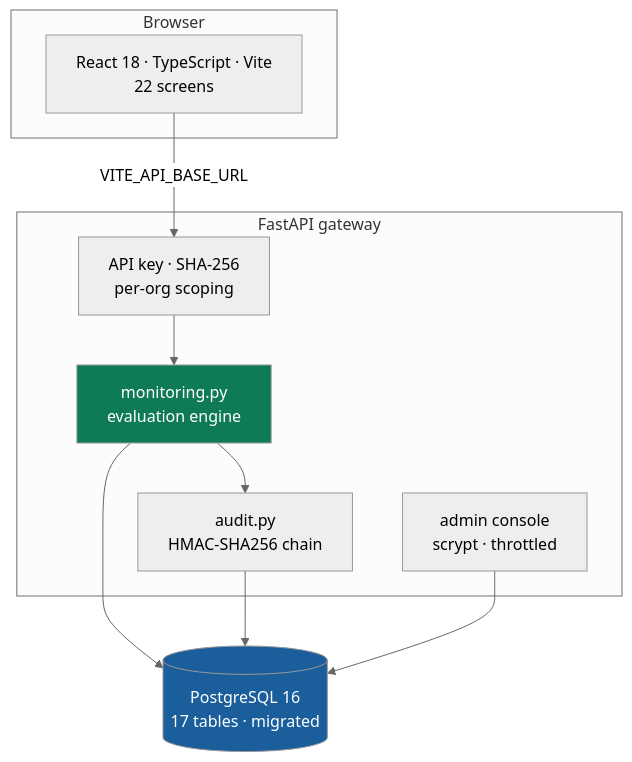
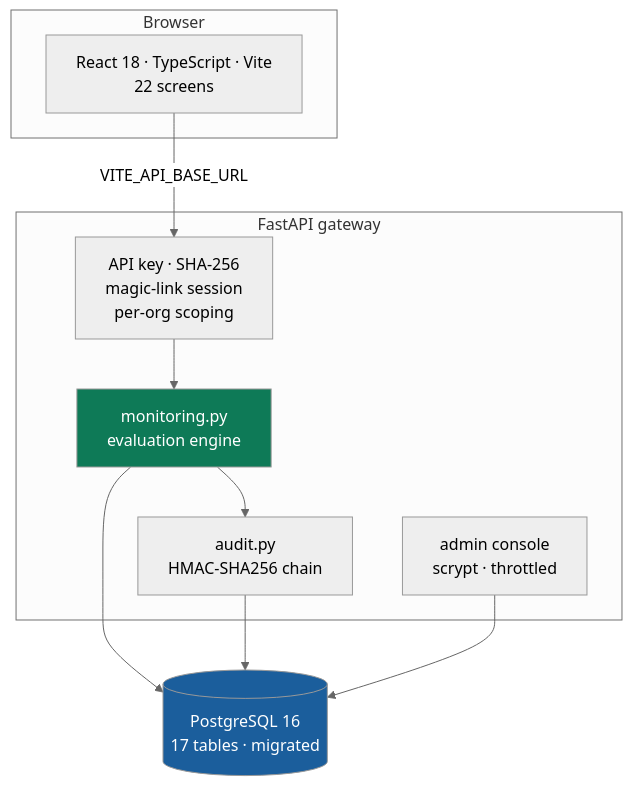
The second of 2 diagrams in README.md (NHID-Clinical/NHID-Clinical-SaaS), drawn with Mermaid (neutral theme) before and after one commit. The commit also changed other lines of this file and 20 other files, not shown here.

First line of the commit message:
Give review decisions a name: magic-link sign-in beside the API key (#23)

````diff
--- a/README.md
+++ b/README.md
@@ -80,19 +80,19 @@
 ```mermaid
 flowchart TB
   subgraph browser [Browser]
     UI[React 18 · TypeScript · Vite<br/>22 screens]
   end
   subgraph api [FastAPI gateway]
-    AUTH[API key · SHA-256<br/>per-org scoping]
+    AUTH[API key · SHA-256<br/>magic-link session<br/>per-org scoping]
     MON[monitoring.py<br/>evaluation engine]
     AUD[audit.py<br/>HMAC-SHA256 chain]
     ADM[admin console<br/>scrypt · throttled]
   end
   DB[(PostgreSQL 16<br/>17 tables · migrated)]
   UI -->|VITE_API_BASE_URL| AUTH
   AUTH --> MON --> DB
   MON --> AUD --> DB
   ADM --> DB
   style MON fill:#0e7a57,color:#fff
   style DB fill:#1b5e9c,color:#fff
 ```
````
